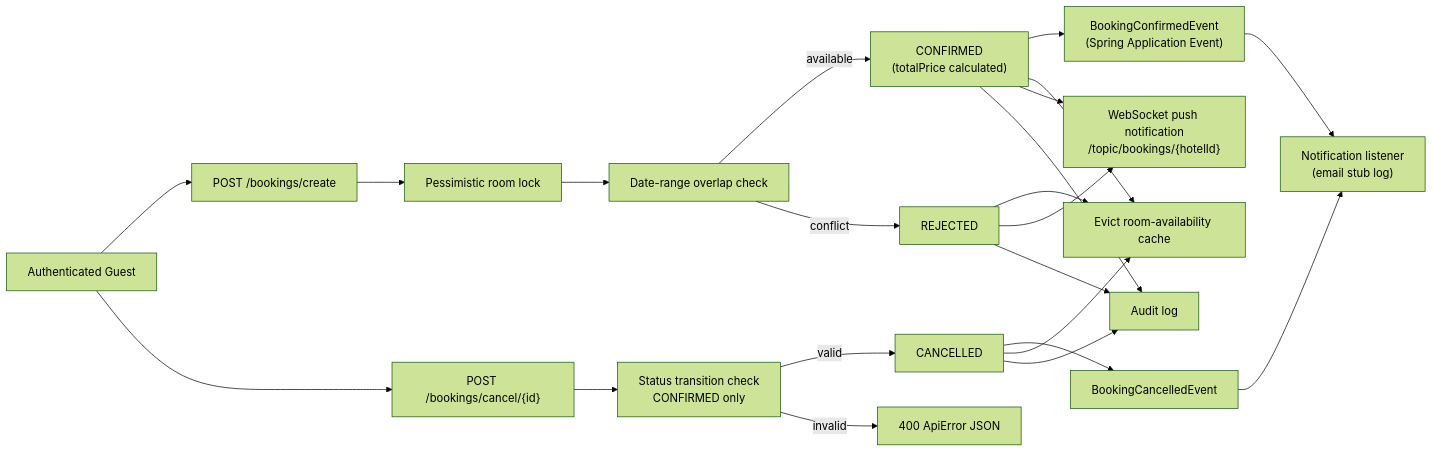
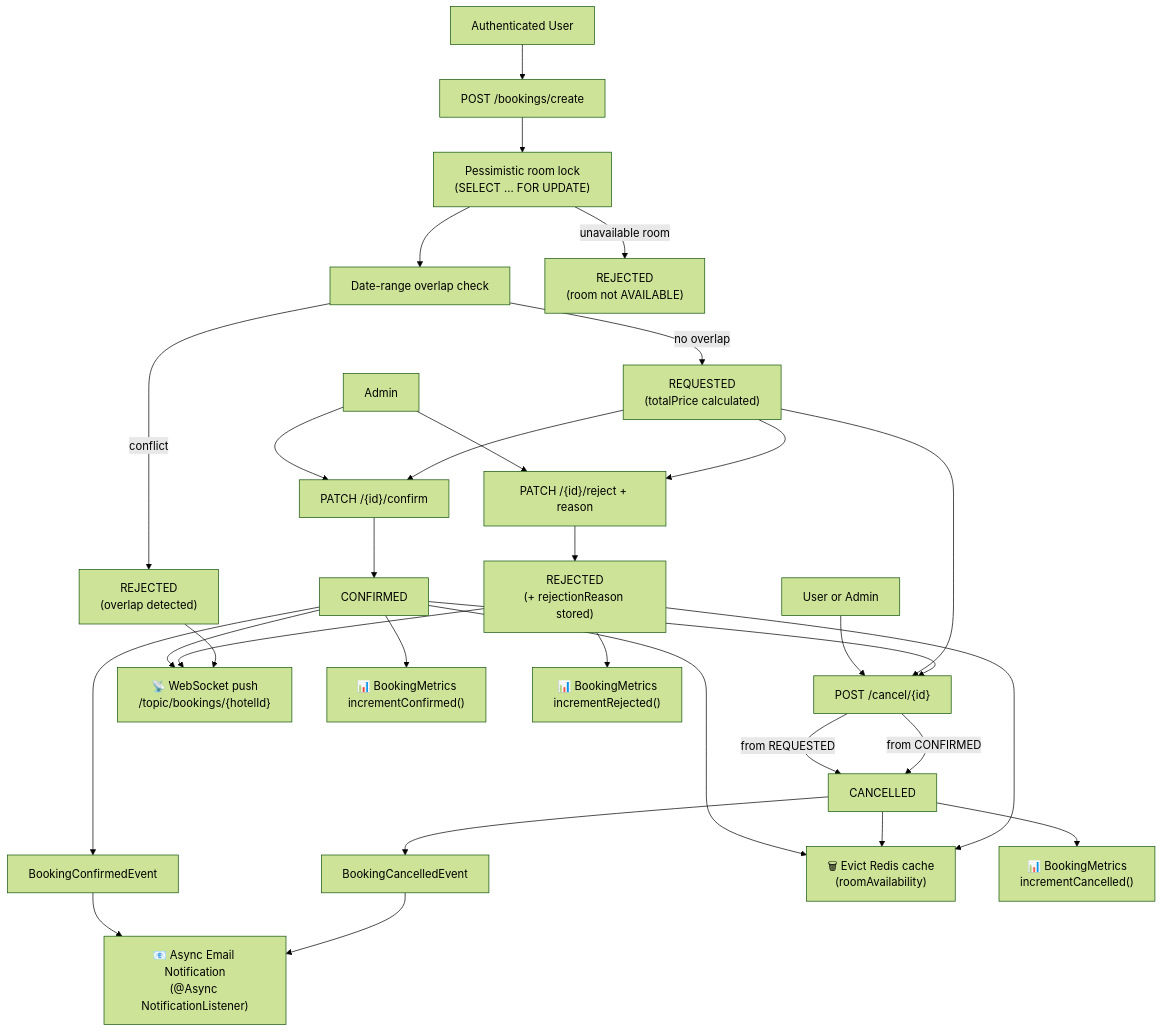
The fifth of 9 diagrams in README.md (byte2code/hotel-management-api), drawn with Mermaid (forest theme) before and after one commit. The commit also changed other lines of this file, not shown here.

````diff
--- a/README.md
+++ b/README.md
@@ -369,29 +312,39 @@
 ```mermaid
-flowchart LR
-    Guest["Authenticated Guest"] --> Create["POST /bookings/create"]
-    Guest --> Cancel["POST /bookings/cancel/{id}"]
+flowchart TD
+    Guest["Authenticated User"] --> Create["POST /bookings/create"]
+    Admin["Admin"] --> Confirm["PATCH /{id}/confirm"]
+    Admin --> Reject["PATCH /{id}/reject + reason"]
+    UserOrAdmin["User or Admin"] --> Cancel["POST /cancel/{id}"]
 
-    Create --> RoomLock["Pessimistic room lock"]
-    RoomLock --> Overlap["Date-range overlap check"]
-    Overlap -->|available| Confirmed["CONFIRMED\n(totalPrice calculated)"]
-    Overlap -->|conflict| Rejected["REJECTED"]
+    Create --> RoomLock["Pessimistic room lock\n(SELECT ... FOR UPDATE)"]
+    RoomLock --> DateCheck["Date-range overlap check"]
+    DateCheck -->|no overlap| Requested["REQUESTED\n(totalPrice calculated)"]
+    DateCheck -->|conflict| AutoRej["REJECTED\n(overlap detected)"]
+    RoomLock -->|unavailable room| AutoRej2["REJECTED\n(room not AVAILABLE)"]
 
-    Cancel --> StateCheck["Status transition check\nCONFIRMED only"]
-    StateCheck -->|valid| Cancelled["CANCELLED"]
-    StateCheck -->|invalid| Error["400 ApiError JSON"]
+    Requested --> Confirm
+    Requested --> Reject
+    Requested --> Cancel
+    Confirm --> Confirmed["CONFIRMED"]
+    Reject --> Rejected["REJECTED\n(+ rejectionReason stored)"]
+    Cancel -->|from REQUESTED| Cancelled["CANCELLED"]
+    Confirmed --> Cancel
+    Cancel -->|from CONFIRMED| Cancelled
 
-    Confirmed --> Event["BookingConfirmedEvent\n(Spring Application Event)"]
-    Cancelled --> CancelEvent["BookingCancelledEvent"]
-    Event --> Notification["Notification listener\n(email stub log)"]
-    CancelEvent --> Notification
+    Confirmed --> WsPush["📡 WebSocket push\n/topic/bookings/{hotelId}"]
+    Confirmed --> Event["BookingConfirmedEvent"]
+    Rejected --> WsPush
+    Cancelled --> Event2["BookingCancelledEvent"]
+    AutoRej --> WsPush
 
-    Confirmed --> CacheEvict["Evict room-availability cache"]
-    Confirmed --> WsPush["WebSocket push notification\n/topic/bookings/{hotelId}"]
+    Event --> AsyncEmail["📧 Async Email Notification\n(@Async NotificationListener)"]
+    Event2 --> AsyncEmail
+
+    Confirmed --> CacheEvict["🗑 Evict Redis cache\n(roomAvailability)"]
+    Cancelled --> CacheEvict
     Rejected --> CacheEvict
-    Rejected --> WsPush
-    Cancelled --> CacheEvict
 
-    Confirmed --> AuditLog["Audit log"]
-    Rejected --> AuditLog
-    Cancelled --> AuditLog
+    Confirmed --> Metrics["📊 BookingMetrics\nincrementConfirmed()"]
+    Cancelled --> MetricsC["📊 BookingMetrics\nincrementCancelled()"]
+    Rejected --> MetricsR["📊 BookingMetrics\nincrementRejected()"]
 ```
````
